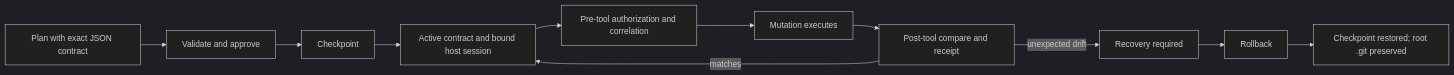
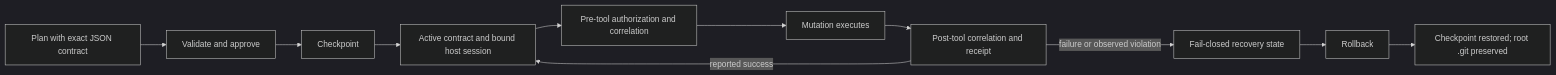
One commit to iannellomarco/taskfence changed the diagram in README.md. Above: the diagram before and after it, drawn with Mermaid (dark theme).

Commit message:
docs: correct post-tool lifecycle diagram

````diff
--- a/README.md
+++ b/README.md
@@ -40,13 +40,13 @@
 ```mermaid
 flowchart LR
   A[Plan with exact JSON contract] --> B[Validate and approve]
   B --> C[Checkpoint]
   C --> D[Active contract and bound host session]
   D --> E[Pre-tool authorization and correlation]
   E --> F[Mutation executes]
-  F --> G[Post-tool compare and receipt]
-  G -->|matches| D
-  G -->|unexpected drift| H[Recovery required]
+  F --> G[Post-tool correlation and receipt]
+  G -->|reported success| D
+  G -->|failure or observed violation| H[Fail-closed recovery state]
   H --> I[Rollback]
   I --> J[Checkpoint restored; root .git preserved]
 ```
````
